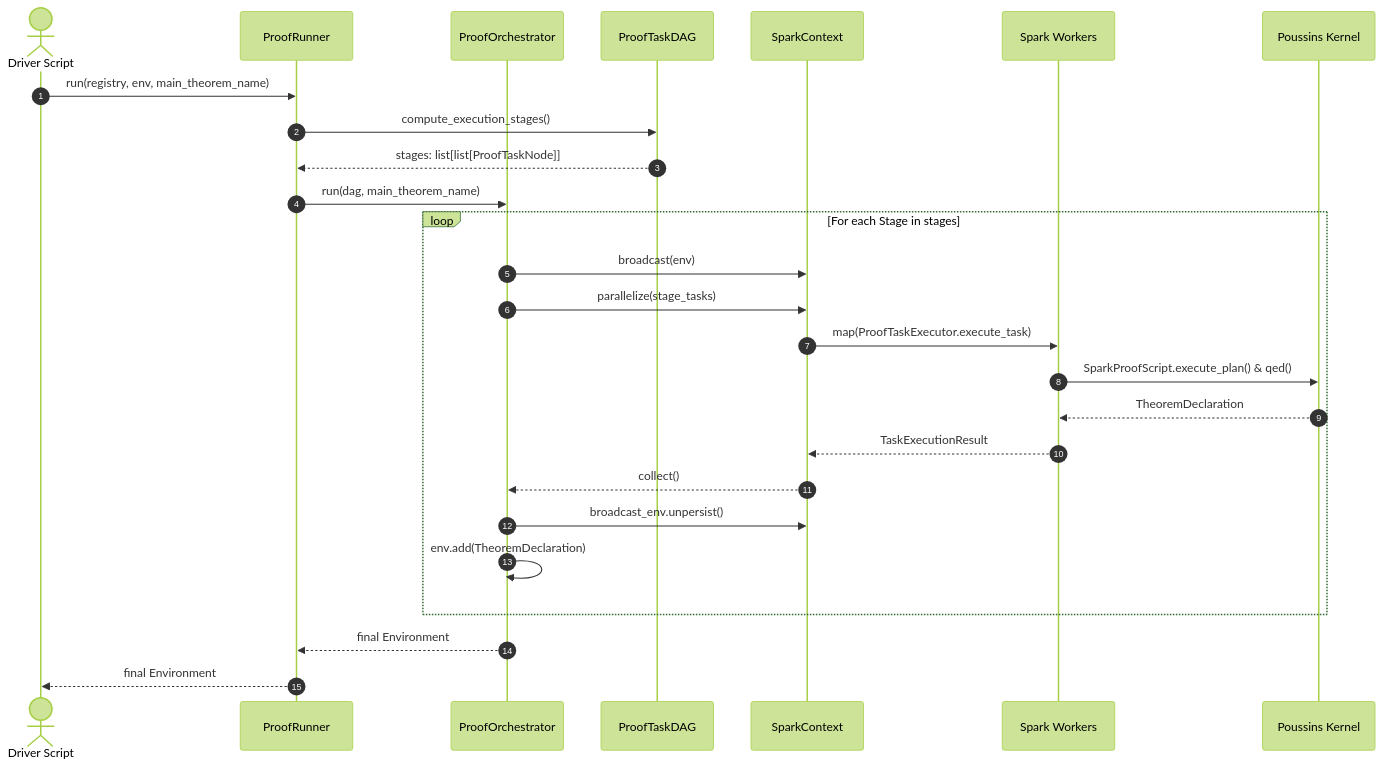
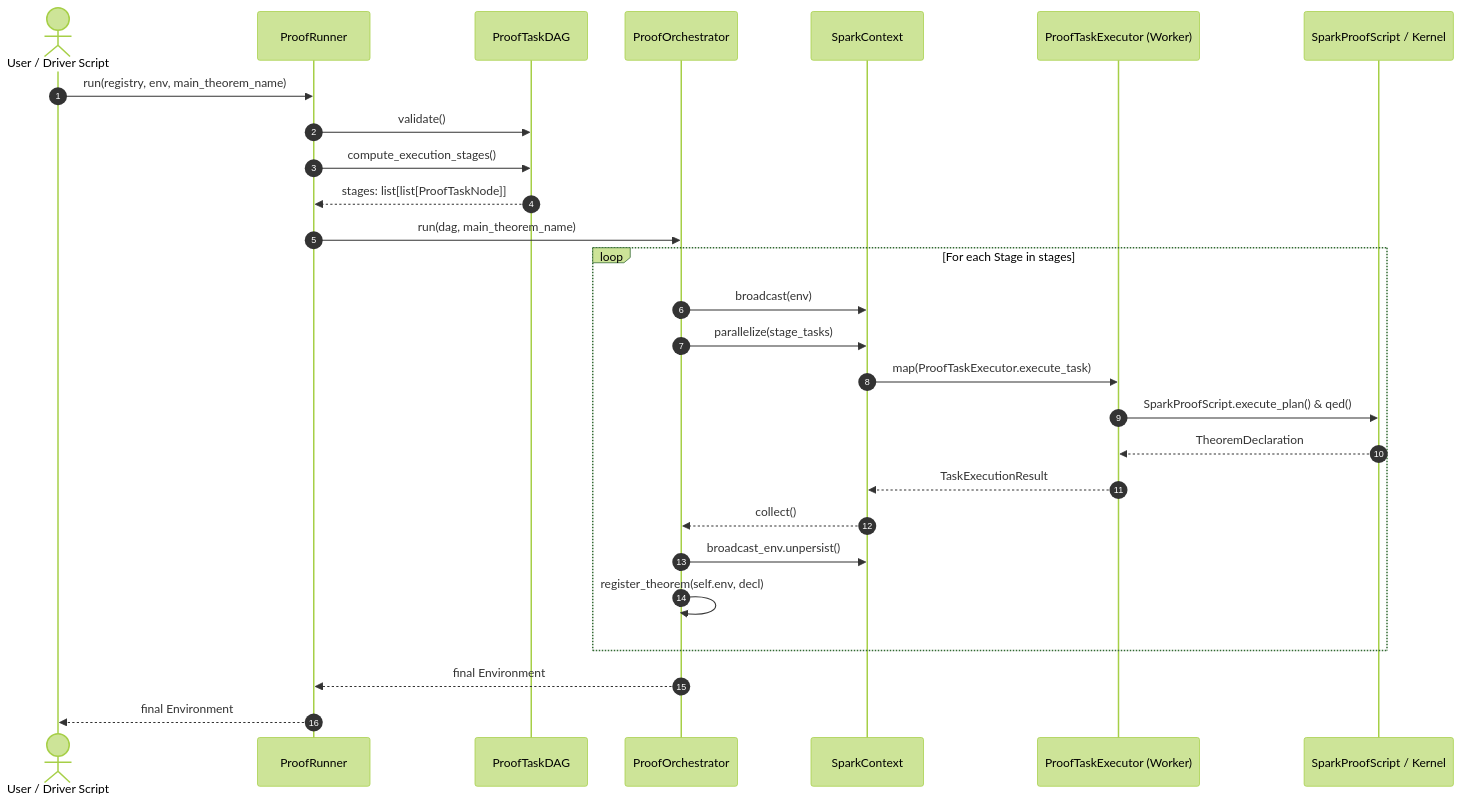
Before and after one commit to kumo01GitHub/poussins: the second of 3 diagrams in docs/integration/spark.md, drawn with Mermaid (forest theme). The commit also changed other lines of this file and 2 other files, not shown here.

````diff
--- a/docs/integration/spark.md
+++ b/docs/integration/spark.md
@@ -158,31 +152,32 @@
 ```mermaid
 sequenceDiagram
     autonumber
-    actor Driver as Driver Script
+    actor Driver as User / Driver Script
     participant Runner as ProofRunner
+    participant DAG as ProofTaskDAG
     participant Orch as ProofOrchestrator
-    participant DAG as ProofTaskDAG
     participant SC as SparkContext
-    participant Worker as Spark Workers
-    participant Kernel as Poussins Kernel
+    participant Worker as ProofTaskExecutor (Worker)
+    participant Kernel as SparkProofScript / Kernel
 
     Driver->>Runner: run(registry, env, main_theorem_name)
+    Runner->>DAG: validate()
     Runner->>DAG: compute_execution_stages()
     DAG-->>Runner: stages: list[list[ProofTaskNode]]
     Runner->>Orch: run(dag, main_theorem_name)
 
     loop For each Stage in stages
         Orch->>SC: broadcast(env)
         Orch->>SC: parallelize(stage_tasks)
         SC->>Worker: map(ProofTaskExecutor.execute_task)
         Worker->>Kernel: SparkProofScript.execute_plan() & qed()
         Kernel-->>Worker: TheoremDeclaration
         Worker-->>SC: TaskExecutionResult
         SC-->>Orch: collect()
         Orch->>SC: broadcast_env.unpersist()
-        Orch->>Orch: env.add(TheoremDeclaration)
+        Orch->>Orch: register_theorem(self.env, decl)
     end
 
     Orch-->>Runner: final Environment
     Runner-->>Driver: final Environment
 ```
````
